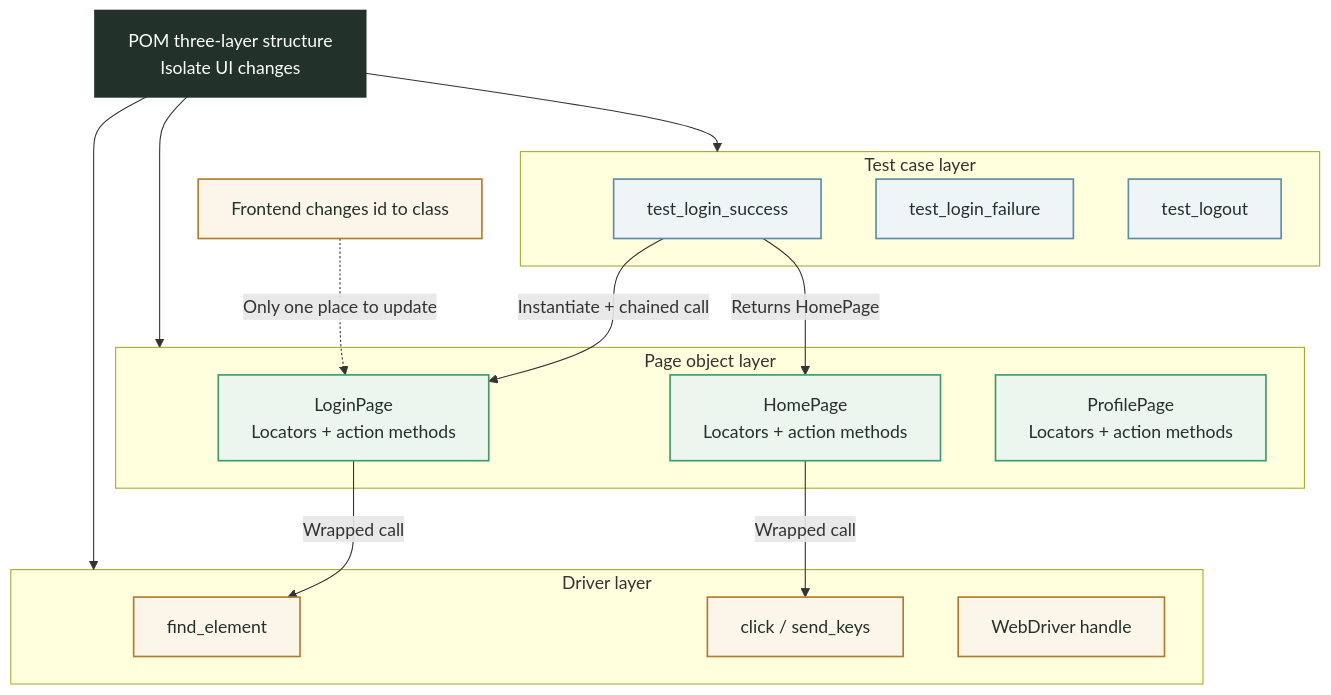
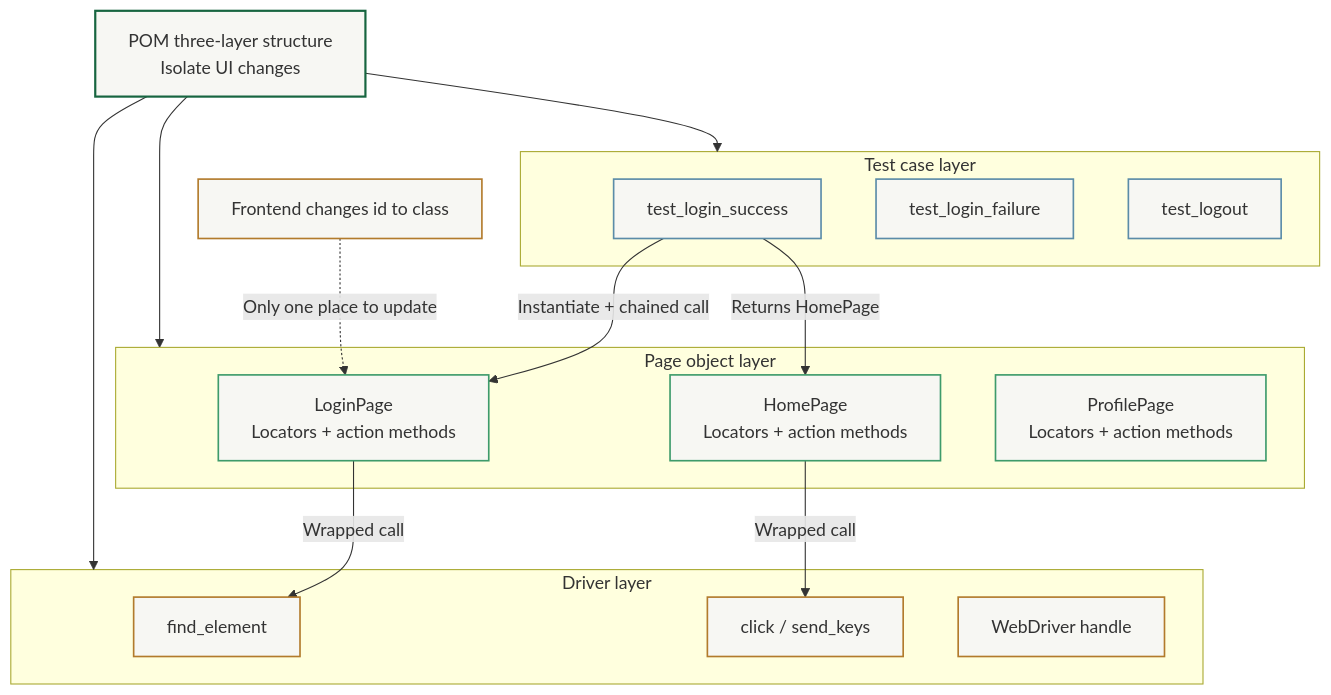
One commit to Fatejian/frontier-vault changed the second of 4 diagrams in docs/en/testing/python-automation-testing-core-concepts.md. Above: the diagram before and after it, drawn with Mermaid. The commit also changed other lines of this file and 65 other files, not shown here.

First line of the commit message:
fix(theme): unify mermaid chart palette and remove solid core fills

````diff
--- a/docs/en/testing/python-automation-testing-core-concepts.md
+++ b/docs/en/testing/python-automation-testing-core-concepts.md
@@ -213,44 +213,44 @@
 ```mermaid
 flowchart TB
     Core["POM three-layer structure<br/>Isolate UI changes"]
 
     subgraph Layer1["Test case layer"]
         T1["test_login_success"]
         T2["test_login_failure"]
         T3["test_logout"]
     end
 
     subgraph Layer2["Page object layer"]
         P1["LoginPage<br/>Locators + action methods"]
         P2["HomePage<br/>Locators + action methods"]
         P3["ProfilePage<br/>Locators + action methods"]
     end
 
     subgraph Layer3["Driver layer"]
         D1["find_element"]
         D2["click / send_keys"]
         D3["WebDriver handle"]
     end
 
     Core --> Layer1
     Core --> Layer2
     Core --> Layer3
 
     T1 -->|"Instantiate + chained call"| P1
     T1 -->|"Returns HomePage"| P2
     P1 -->|"Wrapped call"| D1
     P2 -->|"Wrapped call"| D2
 
     Change["Frontend changes id to class"] -.->|"Only one place to update"| P1
 
-    classDef core fill:#22322B,color:#fff,stroke:#22322B,stroke-width:2px
-    classDef work fill:#EDF5EF,stroke:#3E9B6B,color:#22322B,stroke-width:1.5px
-    classDef wait fill:#EFF5F7,stroke:#5B8CA8,color:#22322B,stroke-width:1.5px
-    classDef block fill:#FBF5EA,stroke:#B27B2C,color:#22322B,stroke-width:1.5px
+    classDef core fill:#F7F7F3,stroke:#176540,stroke-width:2px;
+    classDef work fill:#F7F7F3,stroke:#3E9B6B,stroke-width:1.5px;
+    classDef wait fill:#F7F7F3,stroke:#5B8CA8,stroke-width:1.5px;
+    classDef block fill:#F7F7F3,stroke:#B27B2C,stroke-width:1.5px;
 
     class Core core
     class T1,T2,T3 wait
     class P1,P2,P3 work
     class D1,D2,D3 block
     class Change block
 ```
````
